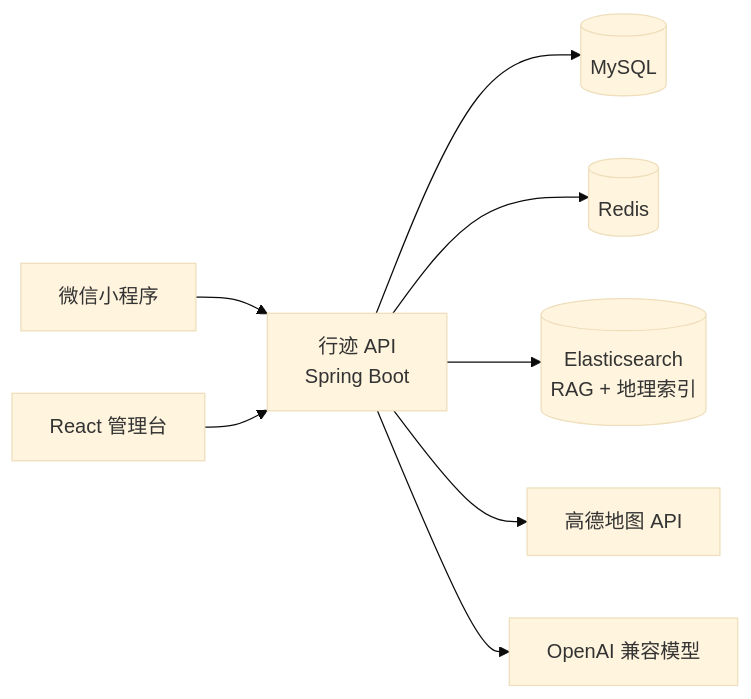
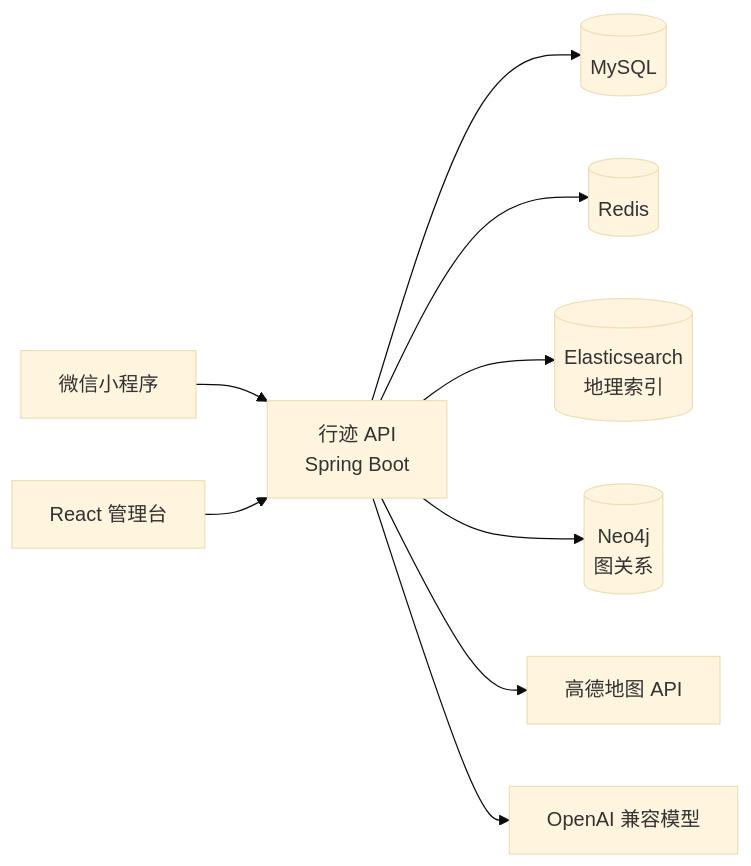
The diagram in README.md (NDAKJin/travel-agent), drawn with Mermaid (base theme) before and after one commit. The commit also changed other lines of this file and 26 other files, not shown here.

````diff
--- a/README.md
+++ b/README.md
@@ -49,19 +49,21 @@
 ```mermaid
 flowchart LR
     mini[微信小程序]
     admin[React 管理台]
     api[行迹 API<br/>Spring Boot]
     mysql[(MySQL)]
     redis[(Redis)]
-    es[(Elasticsearch<br/>RAG + 地理索引)]
+    es[(Elasticsearch<br/>地理索引)]
+    neo4j[(Neo4j<br/>图关系)]
     amap[高德地图 API]
     model[OpenAI 兼容模型]
 
     mini --> api
     admin --> api
     api --> mysql
     api --> redis
     api --> es
+    api --> neo4j
     api --> amap
     api --> model
 ```
````
